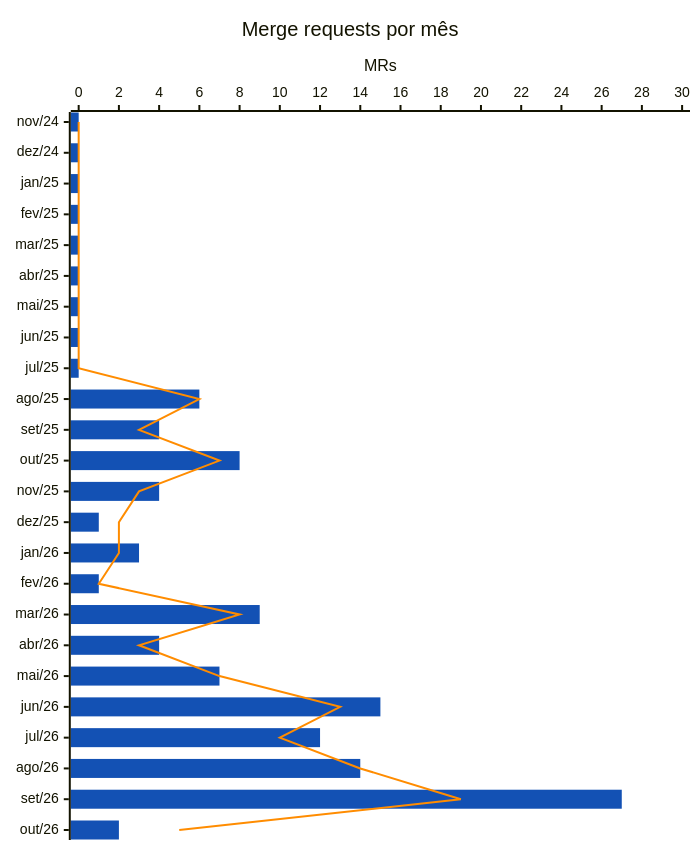
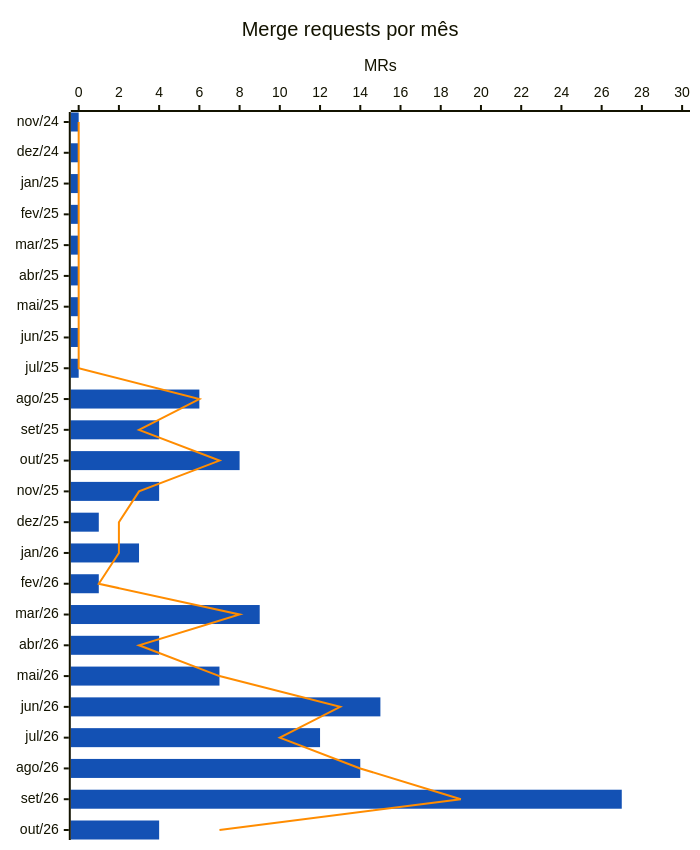
Before and after one commit to RochaCarla/doc-saas-bp: the diagram in docs/estatisticas/participa/merge-requests.md, drawn with Mermaid. The commit also changed other lines of this file and 14 other files, not shown here.

````diff
--- a/docs/estatisticas/participa/merge-requests.md
+++ b/docs/estatisticas/participa/merge-requests.md
@@ -34,17 +34,17 @@
 ```mermaid
 ---
 config:
   xyChart:
     width: 680
     height: 830
   themeVariables:
     xyChart:
       plotColorPalette: "#1351b4, #ff8c00"
 ---
 xychart-beta horizontal
     title "Merge requests por mês"
     x-axis ["nov/24", "dez/24", "jan/25", "fev/25", "mar/25", "abr/25", "mai/25", "jun/25", "jul/25", "ago/25", "set/25", "out/25", "nov/25", "dez/25", "jan/26", "fev/26", "mar/26", "abr/26", "mai/26", "jun/26", "jul/26", "ago/26", "set/26", "out/26"]
     y-axis "MRs" 0 --> 30
-    bar [0, 0, 0, 0, 0, 0, 0, 0, 0, 6, 4, 8, 4, 1, 3, 1, 9, 4, 7, 15, 12, 14, 27, 2]
-    line [0, 0, 0, 0, 0, 0, 0, 0, 0, 6, 3, 7, 3, 2, 2, 1, 8, 3, 7, 13, 10, 14, 19, 5]
+    bar [0, 0, 0, 0, 0, 0, 0, 0, 0, 6, 4, 8, 4, 1, 3, 1, 9, 4, 7, 15, 12, 14, 27, 4]
+    line [0, 0, 0, 0, 0, 0, 0, 0, 0, 6, 3, 7, 3, 2, 2, 1, 8, 3, 7, 13, 10, 14, 19, 7]
 ```
````
